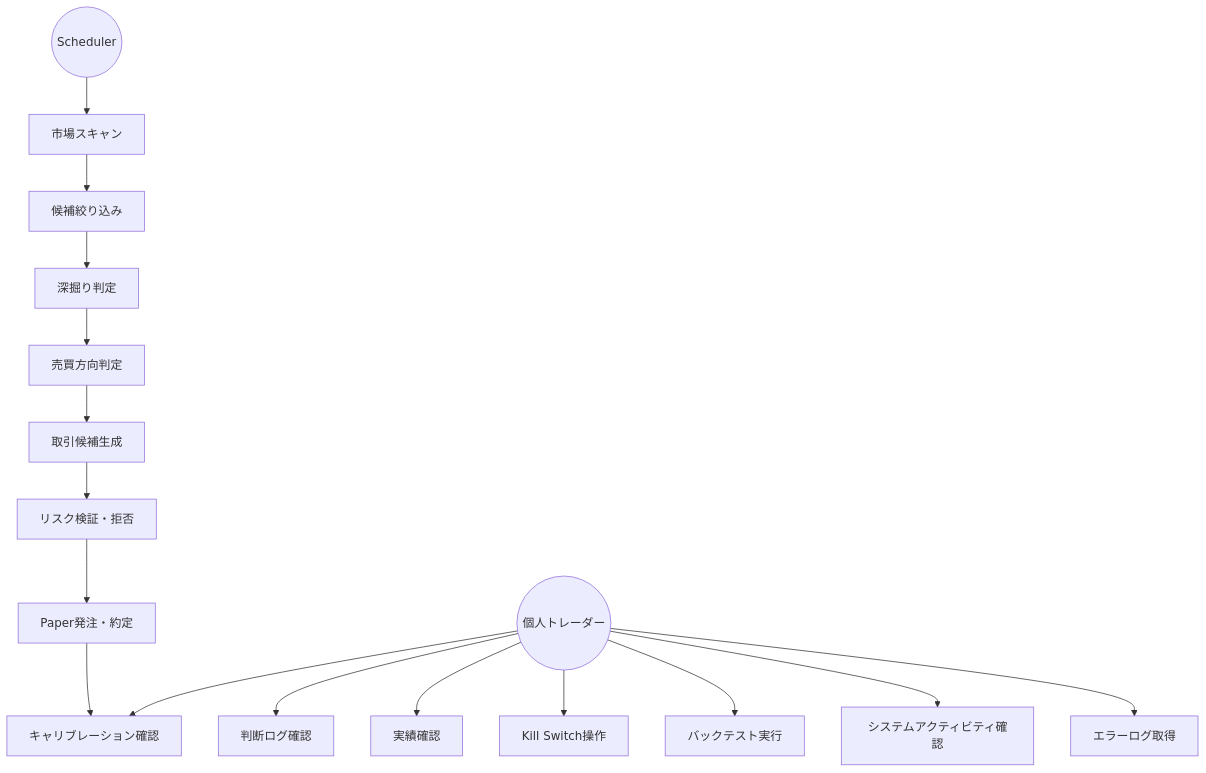
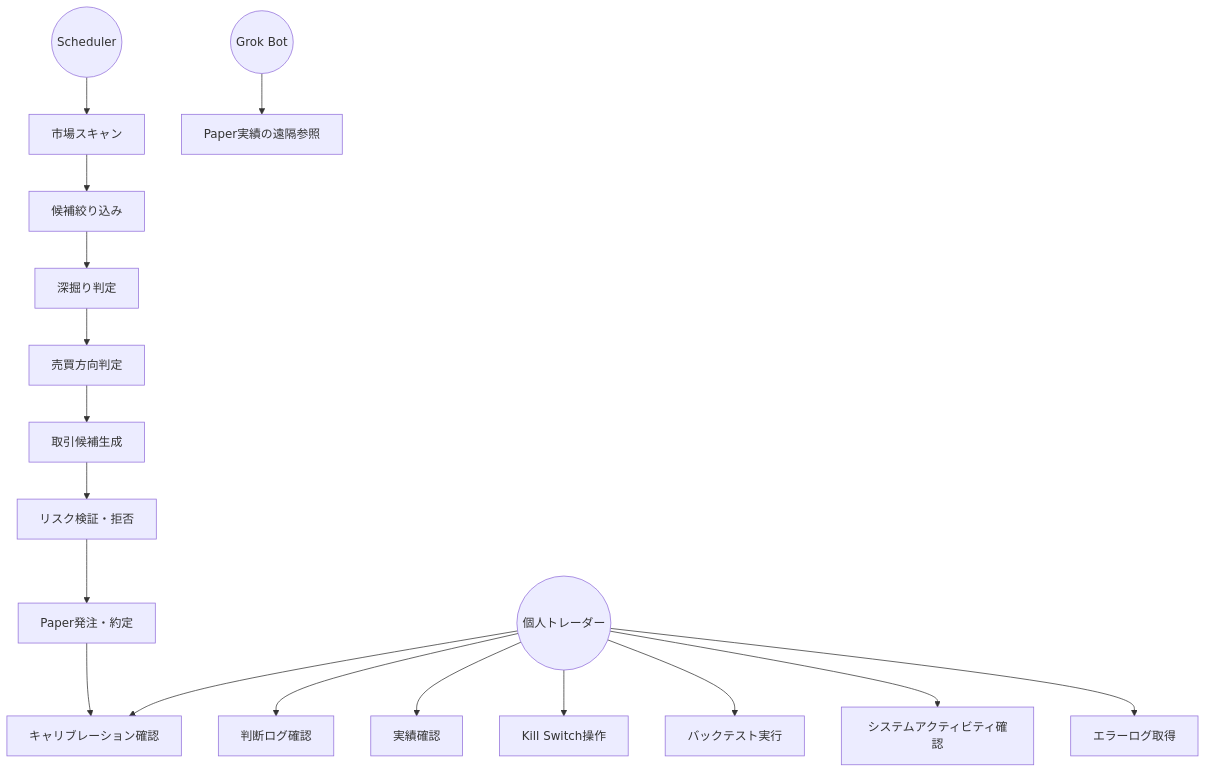
Before and after one commit to ousiassllc/pitha-trador: the first of 3 diagrams in docs/requirements/functional.md, drawn with Mermaid. The commit also changed other lines of this file and 11 other files, not shown here.

````diff
--- a/docs/requirements/functional.md
+++ b/docs/requirements/functional.md
@@ -24,22 +25,23 @@
 ```mermaid
 graph TD
     User((個人トレーダー))
     Scheduler((Scheduler))
 
     Scheduler --> UC1[市場スキャン]
     UC1 --> UC2[候補絞り込み]
     UC2 --> UC3[深掘り判定]
     UC3 --> UC4[売買方向判定]
     UC4 --> UC5[取引候補生成]
     UC5 --> UC6[リスク検証・拒否]
     UC6 --> UC7[Paper発注・約定]
     UC7 --> UC10[キャリブレーション確認]
 
     User --> UC8[判断ログ確認]
     User --> UC9[実績確認]
     User --> UC10
     User --> UC11[Kill Switch操作]
     User --> UC12[バックテスト実行]
     User --> UC13[システムアクティビティ確認]
     User --> UC16[エラーログ取得]
+    Grok((Grok Bot)) --> UC17[Paper実績の遠隔参照]
 ```
````
